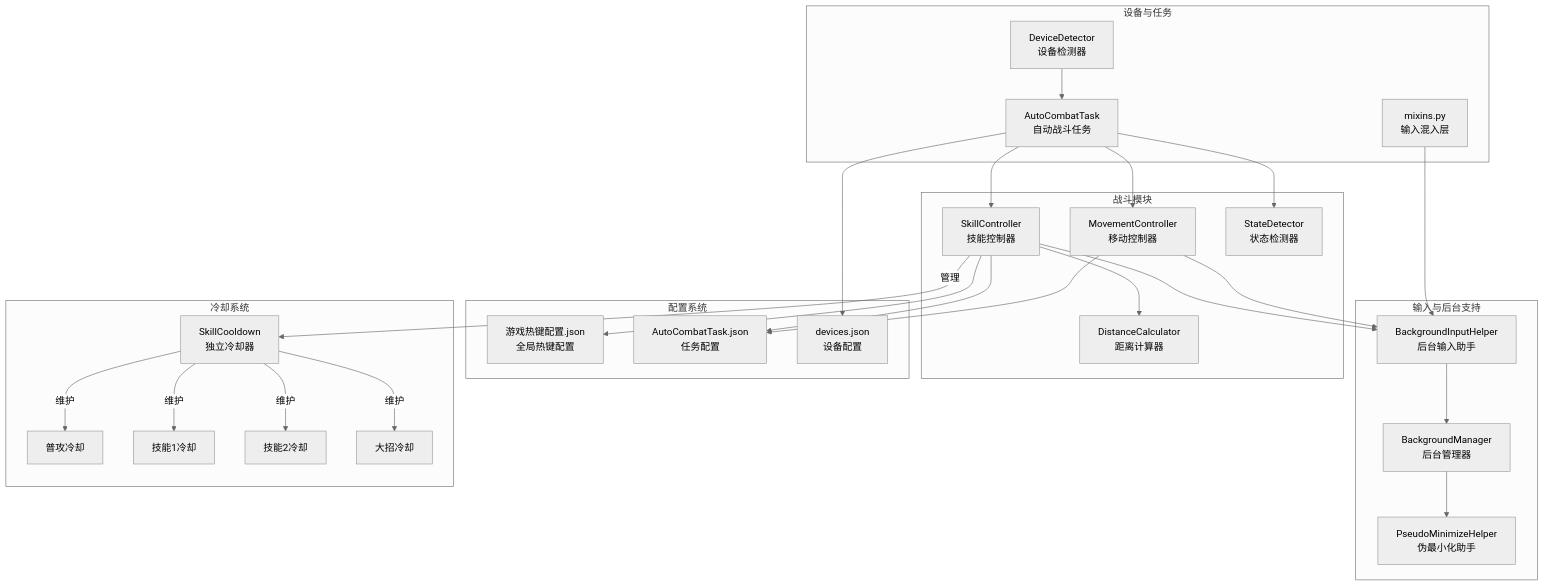
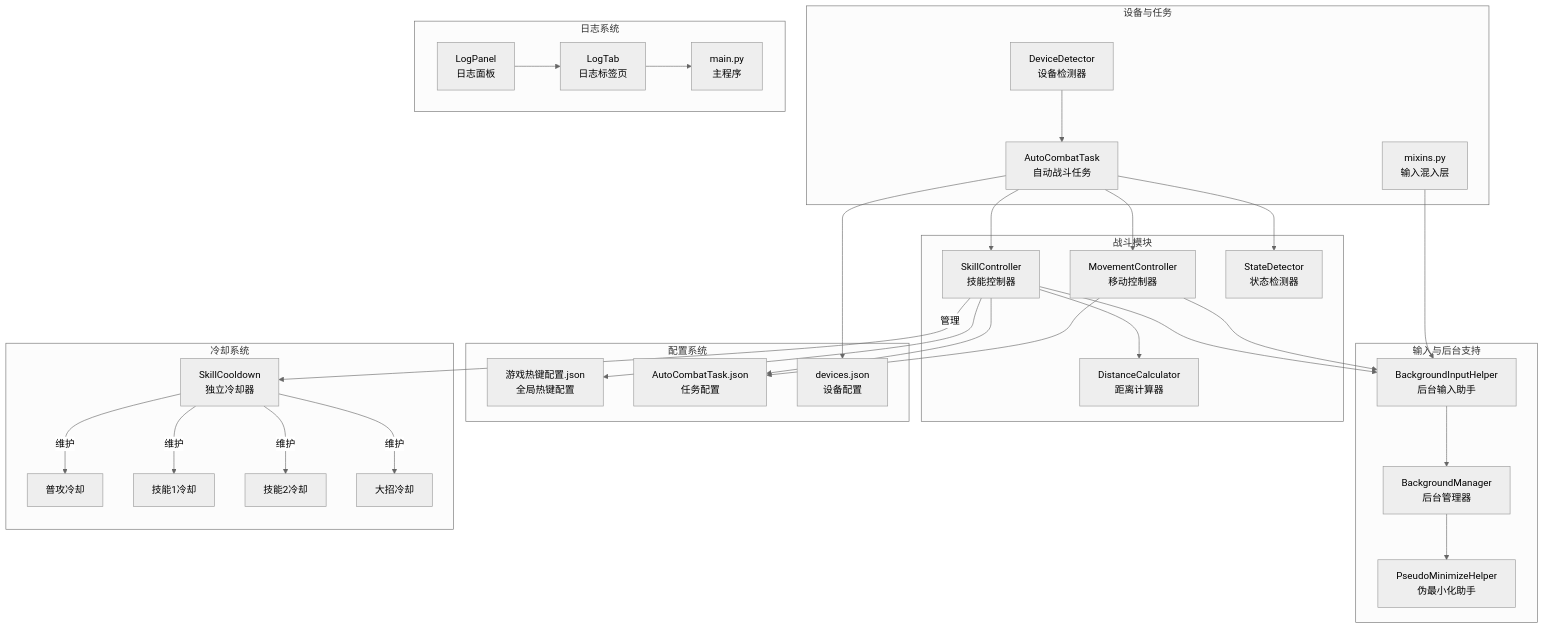
Before and after one commit to xsy098-max/ok-jump: the first of 8 diagrams in .qoder/repowiki/zh/content/战斗系统/技能控制器.md, drawn with Mermaid (neutral theme). The commit also changed other lines of this file and 14 other files, not shown here.

````diff
--- a/.qoder/repowiki/zh/content/战斗系统/技能控制器.md
+++ b/.qoder/repowiki/zh/content/战斗系统/技能控制器.md
@@ -61,45 +64,52 @@
 ```mermaid
 graph TB
 subgraph "战斗模块"
 SC["SkillController<br/>技能控制器"]
 MC["MovementController<br/>移动控制器"]
 SD["StateDetector<br/>状态检测器"]
 DC["DistanceCalculator<br/>距离计算器"]
 end
 subgraph "输入与后台支持"
 BIH["BackgroundInputHelper<br/>后台输入助手"]
 BM["BackgroundManager<br/>后台管理器"]
 PMH["PseudoMinimizeHelper<br/>伪最小化助手"]
 end
 subgraph "设备与任务"
 DD["DeviceDetector<br/>设备检测器"]
 ACT["AutoCombatTask<br/>自动战斗任务"]
 MIX["mixins.py<br/>输入混入层"]
 end
 subgraph "配置系统"
 HK["游戏热键配置.json<br/>全局热键配置"]
 AC["AutoCombatTask.json<br/>任务配置"]
 DEV["devices.json<br/>设备配置"]
 end
+subgraph "日志系统"
+LP["LogPanel<br/>日志面板"]
+LT["LogTab<br/>日志标签页"]
+MAIN["main.py<br/>主程序"]
+end
 subgraph "冷却系统"
 SC --> |管理| COOLDOWN["SkillCooldown<br/>独立冷却器"]
 COOLDOWN --> |维护| ATTACK["普攻冷却"]
 COOLDOWN --> |维护| SKILL1["技能1冷却"]
 COOLDOWN --> |维护| SKILL2["技能2冷却"]
 COOLDOWN --> |维护| ULTIMATE["大招冷却"]
 end
 ACT --> SC
 ACT --> MC
 ACT --> SD
 SC --> DC
 SC --> BIH
 MC --> BIH
 BIH --> BM
 BM --> PMH
 DD --> ACT
 SC --> HK
 SC --> AC
 MC --> AC
 ACT --> DEV
 MIX --> BIH
+LP --> LT
+LT --> MAIN
 ```
````
